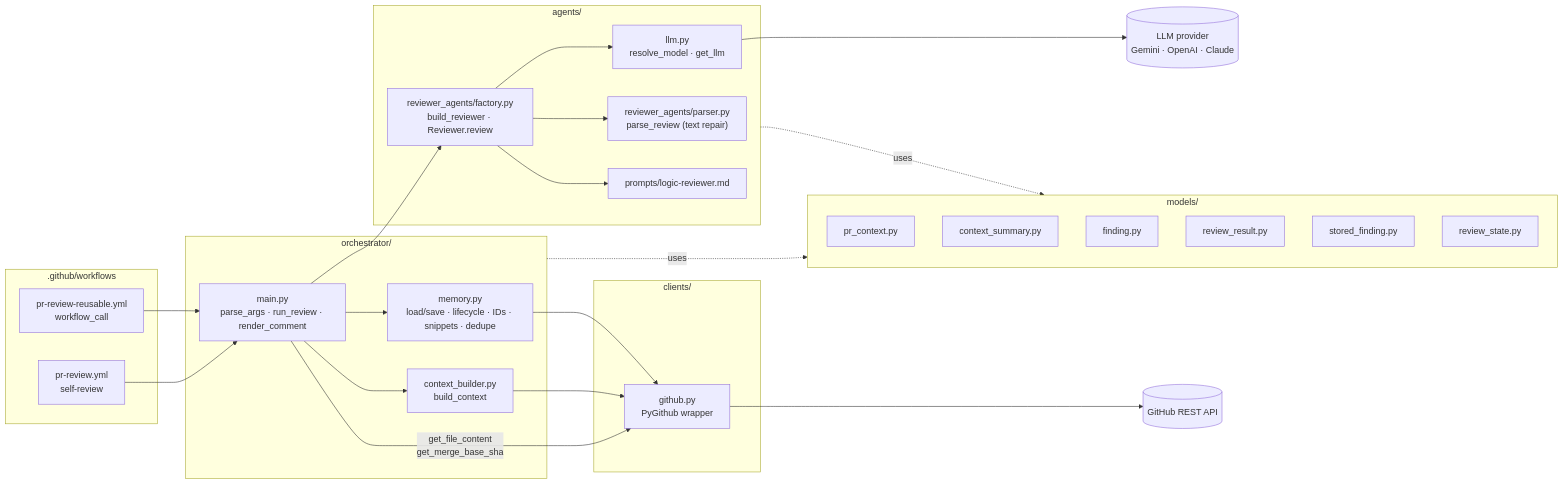
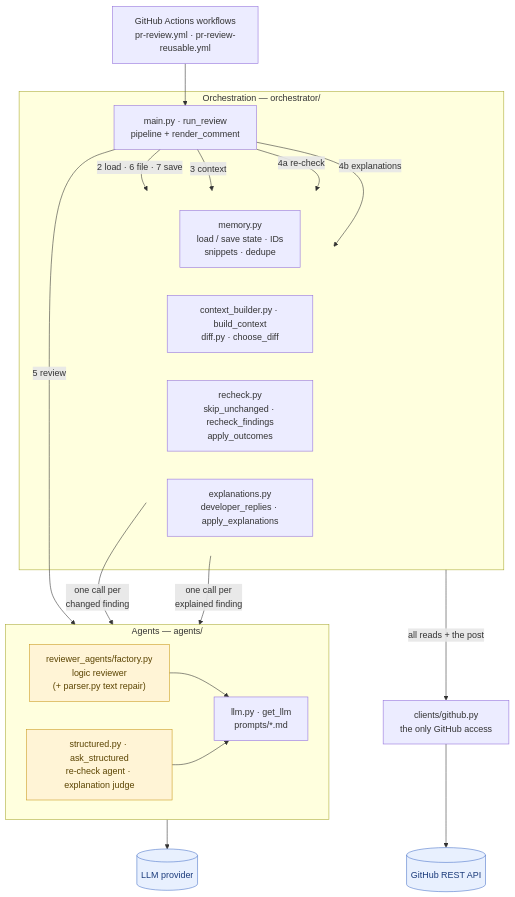
One commit to bryanChatsirichai/github_agentic_pr_reviewer changed the fourth of 14 diagrams in docs/agentic-pr-review-system-design.v1.md. Above: the diagram before and after it, drawn with Mermaid. The commit also changed other lines of this file and 3 other files, not shown here.

Commit message:
Docs: Update architecture and roadmap

````diff
--- a/docs/agentic-pr-review-system-design.v1.md
+++ b/docs/agentic-pr-review-system-design.v1.md
@@ -145,52 +167,45 @@
 ```mermaid
-flowchart LR
-    subgraph wf [".github/workflows"]
-        W1["pr-review.yml<br/>self-review"]
-        W2["pr-review-reusable.yml<br/>workflow_call"]
+flowchart TB
+    WF["GitHub Actions workflows<br/>pr-review.yml · pr-review-reusable.yml"]
+
+    subgraph ORCH ["Orchestration — orchestrator/"]
+        MAIN["main.py · run_review<br/>pipeline + render_comment"]
+        subgraph STEPS [" "]
+            direction LR
+            MM["memory.py<br/>load / save state · IDs<br/>snippets · dedupe"]
+            CB["context_builder.py · build_context<br/>diff.py · choose_diff"]
+            RCK["recheck.py<br/>skip_unchanged · recheck_findings<br/>apply_outcomes"]
+            EXP["explanations.py<br/>developer_replies · apply_explanations"]
+        end
     end
 
-    subgraph orch ["orchestrator/"]
-        MAIN["main.py<br/>parse_args · run_review · render_comment"]
-        CB["context_builder.py<br/>build_context"]
-        MM["memory.py<br/>load/save · lifecycle · IDs · snippets · dedupe"]
+    subgraph AGENTS ["Agents — agents/"]
+        direction LR
+        REV["reviewer_agents/factory.py<br/>logic reviewer<br/>(+ parser.py text repair)"]
+        STR["structured.py · ask_structured<br/>re-check agent · explanation judge"]
+        LLMF["llm.py · get_llm<br/>prompts/*.md"]
     end
 
-    subgraph ag ["agents/"]
-        LLM["llm.py<br/>resolve_model · get_llm"]
-        FAC["reviewer_agents/factory.py<br/>build_reviewer · Reviewer.review"]
-        PAR["reviewer_agents/parser.py<br/>parse_review (text repair)"]
-        PRM["prompts/logic-reviewer.md"]
-    end
+    GHC["clients/github.py<br/>the only GitHub access"]
+    GHAPI[("GitHub REST API")]
+    PROV[("LLM provider")]
 
-    subgraph cl ["clients/"]
-        GHC["github.py<br/>PyGithub wrapper"]
-    end
+    WF --> MAIN
+    MAIN -->|"2 load · 6 file · 7 save"| MM
+    MAIN -->|"3 context"| CB
+    MAIN -->|"4a re-check"| RCK
+    MAIN -->|"4b explanations"| EXP
+    MAIN -->|"5 review"| REV
+    RCK -->|"one call per<br/>changed finding"| STR
+    EXP -->|"one call per<br/>explained finding"| STR
+    REV & STR --> LLMF
+    LLMF --> PROV
+    ORCH -->|"all reads + the post"| GHC
+    GHC --> GHAPI
 
-    subgraph md ["models/"]
-        M1[pr_context.py]
-        M2[context_summary.py]
-        M3[finding.py]
-        M4[review_result.py]
-        M5[stored_finding.py]
-        M6[review_state.py]
-    end
-
-    GHAPI[(GitHub REST API)]
-    PROV[("LLM provider<br/>Gemini · OpenAI · Claude")]
-
-    W1 --> MAIN
-    W2 --> MAIN
-    MAIN --> CB
-    MAIN --> MM
-    MAIN --> FAC
-    MAIN -->|get_file_content<br/>get_merge_base_sha| GHC
-    CB --> GHC
-    MM --> GHC
-    FAC --> PRM
-    FAC --> PAR
-    FAC --> LLM
-    LLM --> PROV
-    GHC --> GHAPI
-    orch -.uses.-> md
-    ag -.uses.-> md
+    classDef llm fill:#fff4d6,stroke:#c99a1d,color:#5a4300
+    classDef ext fill:#e8f0fe,stroke:#4a74c9,color:#1a3a7a
+    class REV,STR llm
+    class GHAPI,PROV ext
+    style STEPS fill:none,stroke:none
 ```
````
